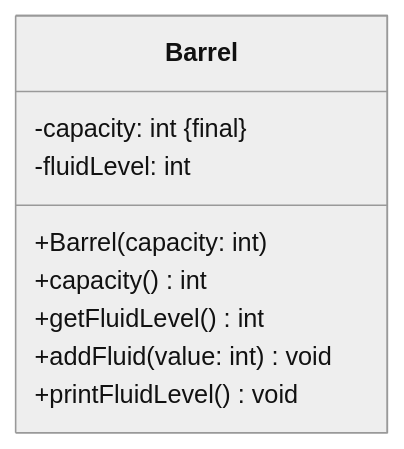
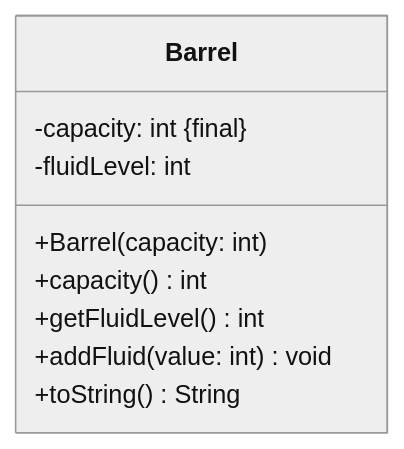
One commit to jappuccini/java-docs changed the diagram in docs/exercises/exceptions/exceptions02.mdx. Above: the diagram before and after it, drawn with Mermaid (neutral theme). The commit also changed other lines of this file and 14 other files, not shown here.

````diff
--- a/docs/exercises/exceptions/exceptions02.mdx
+++ b/docs/exercises/exceptions/exceptions02.mdx
@@ -15,13 +15,13 @@
 ```mermaid
 classDiagram
 
     class Barrel {
         -capacity: int &#123final&#125
         -fluidLevel: int
         +Barrel(capacity: int)
         +capacity() int
         +getFluidLevel() int
         +addFluid(value: int) void
-        +printFluidLevel() void
+        +toString() String
     }
 ```
````
